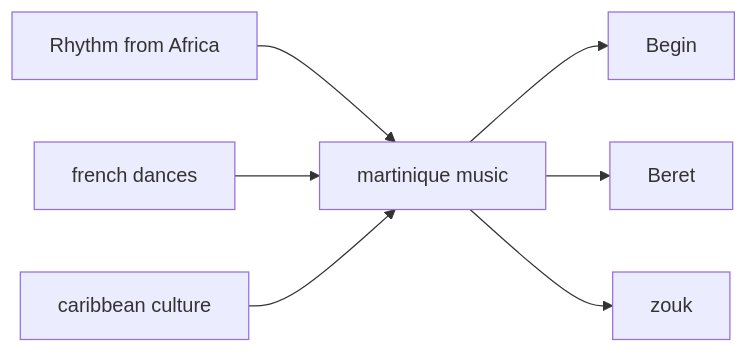
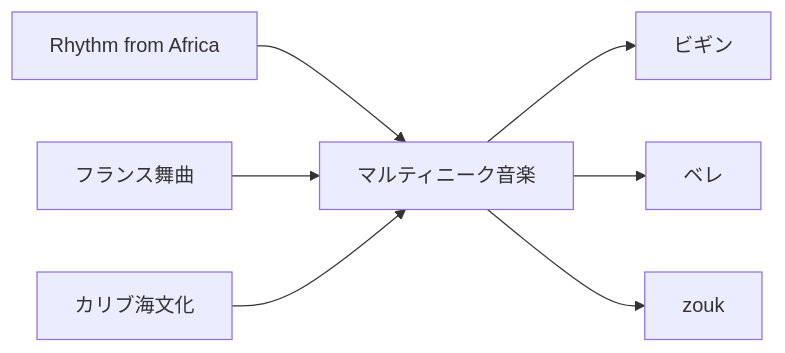
Before and after one commit to monumental-movement/monumental-movement.github.io: the first of 11 diagrams in en/_posts/2026-05-16-column-martinique.md, drawn with Mermaid. The commit also changed other lines of this file and 2196 other files, not shown here.

```diff
--- a/en/_posts/2026-05-16-column-martinique.md
+++ b/en/_posts/2026-05-16-column-martinique.md
@@ -60,9 +60,9 @@
 <div class="mermaid">
 graph LR
-A[Rhythm from Africa] --> D[martinique music]
-B[french dances] --> D
-C[caribbean culture] --> D
-D --> E[Begin]
-D --> F[Beret]
+A[Rhythm from Africa] --> D[マルティニーク音楽]
+B[フランス舞曲] --> D
+C[カリブ海文化] --> D
+D --> E[ビギン]
+D --> F[ベレ]
 D --> G[zouk]
 </div>
```
